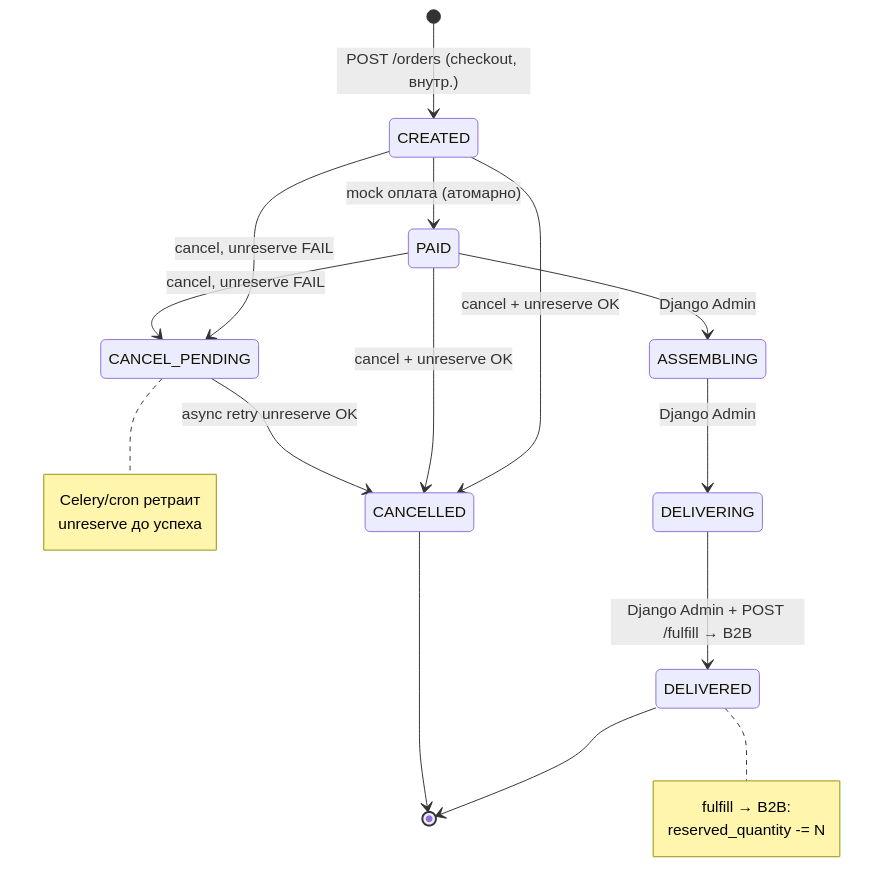
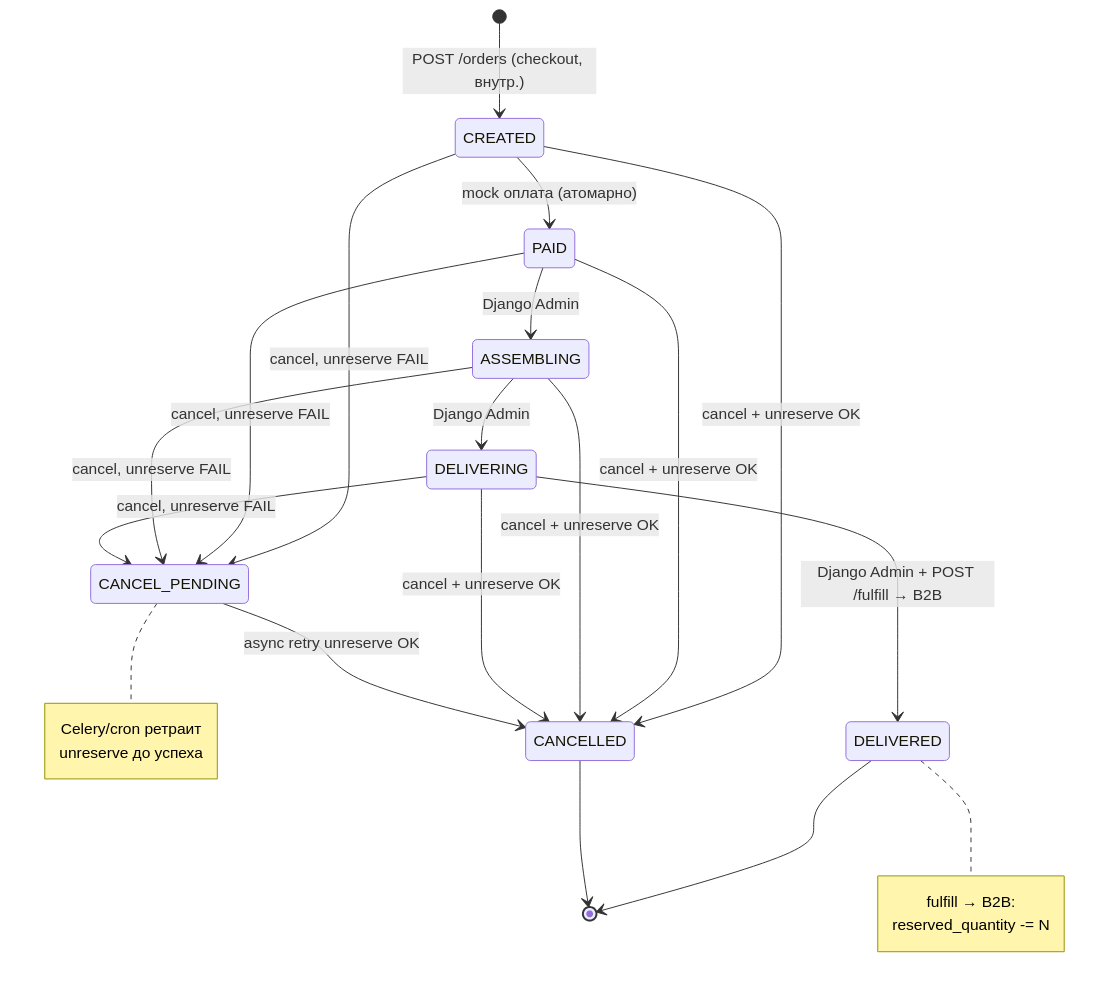
The first of 4 diagrams in flows/b2c-orders-flows.md (URFU2026-NeoMarket/neomarket-canon), drawn with Mermaid before and after one commit. The commit also changed other lines of this file, not shown here.

First line of the commit message:
docs(b2c-orders): отмена в 4 статусах CREATED/PAID/ASSEMBLING/DELIVERING + взаимоисключение cancel/fulfill + changelog 2026-06-14

````diff
--- a/flows/b2c-orders-flows.md
+++ b/flows/b2c-orders-flows.md
@@ -31,25 +34,29 @@
 ```mermaid
 stateDiagram-v2
     [*] --> CREATED: POST /orders (checkout, внутр.)
     CREATED --> PAID: mock оплата (атомарно)
     PAID --> ASSEMBLING: Django Admin
     ASSEMBLING --> DELIVERING: Django Admin
     DELIVERING --> DELIVERED: Django Admin + POST /fulfill → B2B
     DELIVERED --> [*]
 
     CREATED --> CANCELLED: cancel + unreserve OK
     PAID --> CANCELLED: cancel + unreserve OK
+    ASSEMBLING --> CANCELLED: cancel + unreserve OK
+    DELIVERING --> CANCELLED: cancel + unreserve OK
     CREATED --> CANCEL_PENDING: cancel, unreserve FAIL
     PAID --> CANCEL_PENDING: cancel, unreserve FAIL
+    ASSEMBLING --> CANCEL_PENDING: cancel, unreserve FAIL
+    DELIVERING --> CANCEL_PENDING: cancel, unreserve FAIL
     CANCEL_PENDING --> CANCELLED: async retry unreserve OK
     CANCELLED --> [*]
 
     note right of DELIVERED
         fulfill → B2B:
         reserved_quantity -= N
     end note
     note right of CANCEL_PENDING
         Celery/cron ретраит
         unreserve до успеха
     end note
 ```
````
